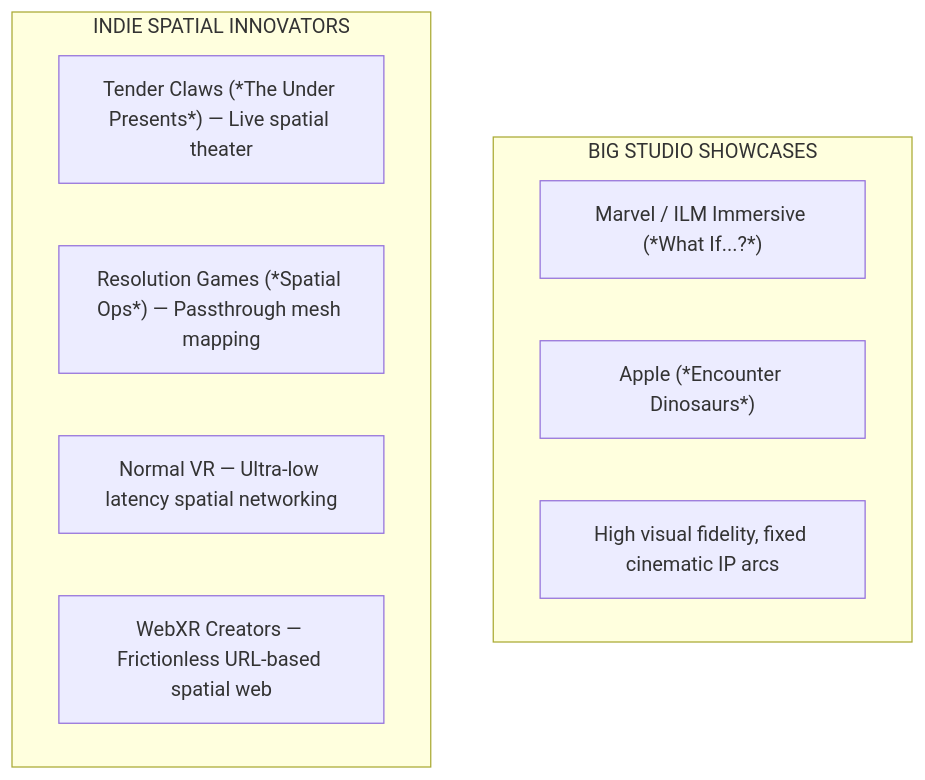
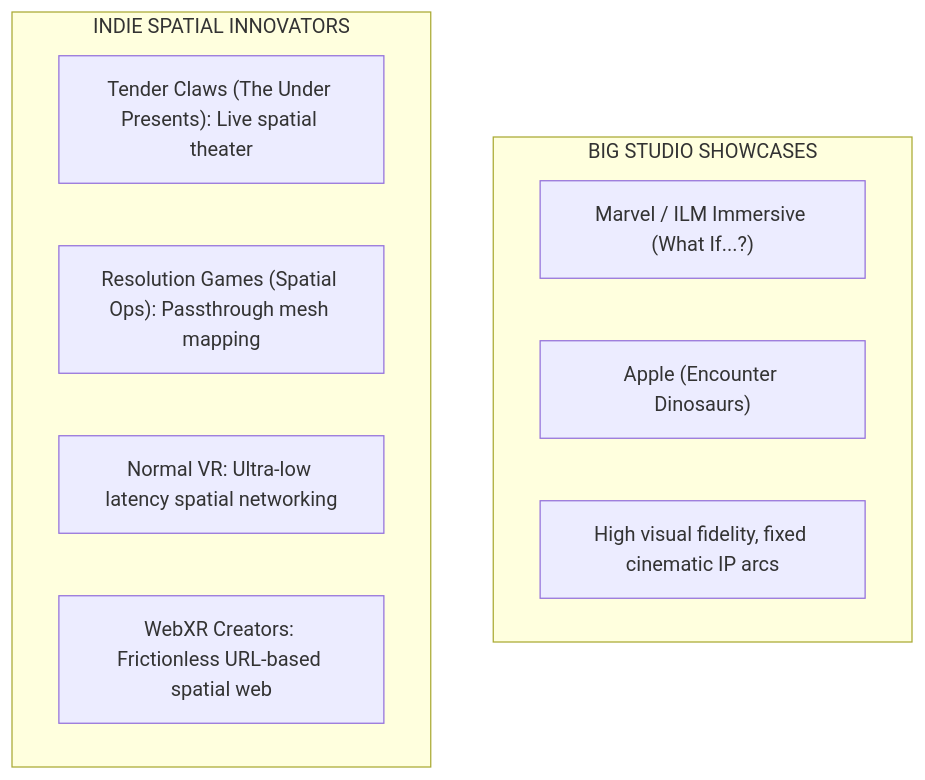
One commit to caraya/astro-blog2 changed the sixth of 6 diagrams in src/content/blog/place-space-and-passthrough.md. Above: the diagram before and after it, drawn with Mermaid. The commit also changed other lines of this file and 7 other files, not shown here.

````diff
--- a/src/content/blog/place-space-and-passthrough.md
+++ b/src/content/blog/place-space-and-passthrough.md
@@ -227,15 +281,15 @@
 ```mermaid
 flowchart TD
     subgraph BigStudios ["BIG STUDIO SHOWCASES"]
-        S1["Marvel / ILM Immersive (*What If...?*)"]
-        S2["Apple (*Encounter Dinosaurs*)"]
+        S1["Marvel / ILM Immersive (What If...?)"]
+        S2["Apple (Encounter Dinosaurs)"]
         S3["High visual fidelity, fixed cinematic IP arcs"]
     end
 
     subgraph IndieDevs ["INDIE SPATIAL INNOVATORS"]
-        I1["Tender Claws (*The Under Presents*) — Live spatial theater"]
-        I2["Resolution Games (*Spatial Ops*) — Passthrough mesh mapping"]
-        I3["Normal VR — Ultra-low latency spatial networking"]
-        I4["WebXR Creators — Frictionless URL-based spatial web"]
+        I1["Tender Claws (The Under Presents): Live spatial theater"]
+        I2["Resolution Games (Spatial Ops): Passthrough mesh mapping"]
+        I3["Normal VR: Ultra-low latency spatial networking"]
+        I4["WebXR Creators: Frictionless URL-based spatial web"]
     end
 ```
````
